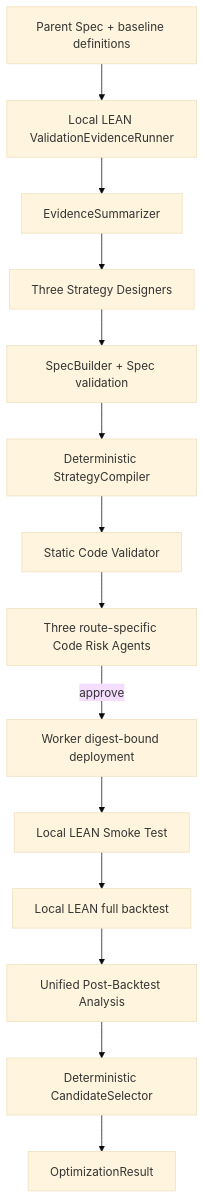
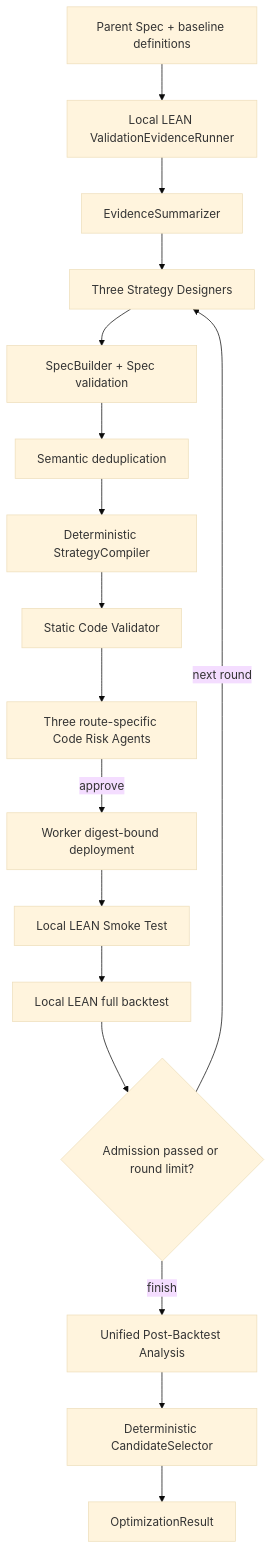
Before and after one commit to FrankForest1003/AlphaForge: the diagram in docs/architecture/SYSTEM_ARCHITECTURE.md, drawn with Mermaid (base theme). The commit also changed other lines of this file and 54 other files, not shown here.

````diff
--- a/docs/architecture/SYSTEM_ARCHITECTURE.md
+++ b/docs/architecture/SYSTEM_ARCHITECTURE.md
@@ -3,16 +3,19 @@
 ```mermaid
 flowchart TD
   INPUT["Parent Spec + baseline definitions"] --> EVIDENCE["Local LEAN ValidationEvidenceRunner"]
   EVIDENCE --> SUMMARY["EvidenceSummarizer"]
   SUMMARY --> DESIGN["Three Strategy Designers"]
   DESIGN --> SPEC["SpecBuilder + Spec validation"]
-  SPEC --> COMPILE["Deterministic StrategyCompiler"]
+  SPEC --> DEDUPE["Semantic deduplication"]
+  DEDUPE --> COMPILE["Deterministic StrategyCompiler"]
   COMPILE --> STATIC["Static Code Validator"]
   STATIC --> RISK["Three route-specific Code Risk Agents"]
   RISK -->|approve| DEPLOY["Worker digest-bound deployment"]
   DEPLOY --> SMOKE["Local LEAN Smoke Test"]
   SMOKE --> FULL["Local LEAN full backtest"]
-  FULL --> ANALYSIS["Unified Post-Backtest Analysis"]
+  FULL --> LOOP{"Admission passed or round limit?"}
+  LOOP -->|next round| DESIGN
+  LOOP -->|finish| ANALYSIS["Unified Post-Backtest Analysis"]
   ANALYSIS --> SELECT["Deterministic CandidateSelector"]
   SELECT --> RESULT["OptimizationResult"]
 ```
````
